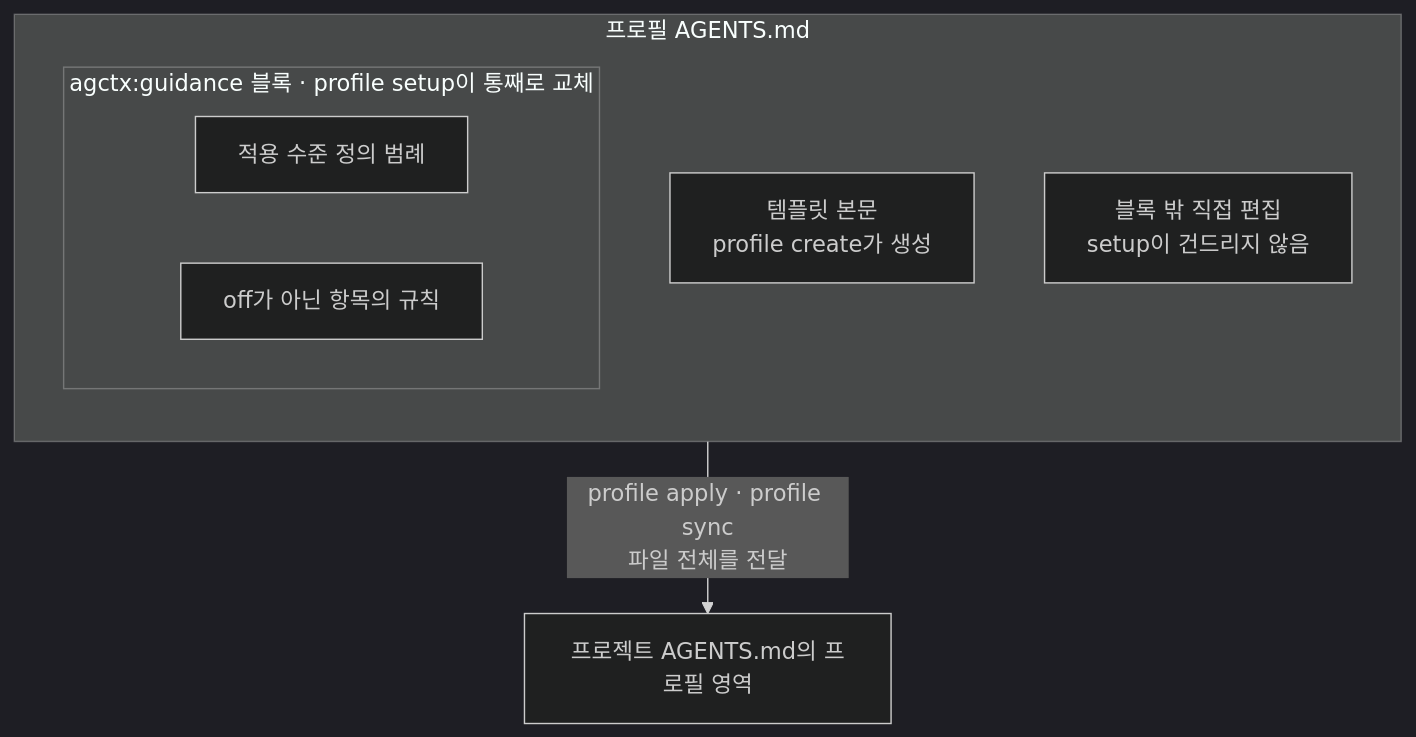
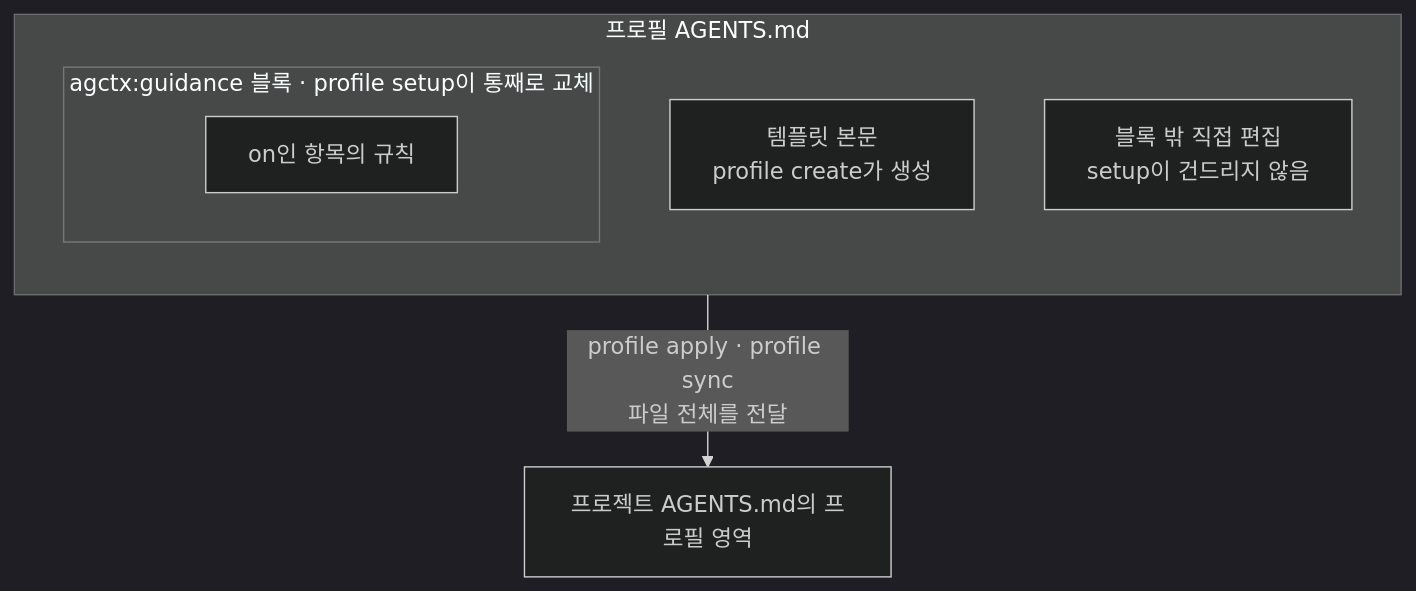
One commit to IsthisLee/agent-context-manager changed the diagram in docs/reference/guidance-catalog.md. Above: the diagram before and after it, drawn with Mermaid (dark theme). The commit also changed other lines of this file and 42 other files, not shown here.

````diff
--- a/docs/reference/guidance-catalog.md
+++ b/docs/reference/guidance-catalog.md
@@ -15,13 +15,12 @@
 ```mermaid
 flowchart TB
   subgraph PROFILE["프로필 AGENTS.md"]
     direction TB
     TEMPLATE["템플릿 본문<br/>profile create가 생성"]
     subgraph GUIDANCE["agctx:guidance 블록 · profile setup이 통째로 교체"]
-      LEGEND["적용 수준 정의 범례"]
-      ITEMS["off가 아닌 항목의 규칙"]
+      ITEMS["on인 항목의 규칙"]
     end
     USER["블록 밖 직접 편집<br/>setup이 건드리지 않음"]
   end
   PROFILE -->|"profile apply · profile sync<br/>파일 전체를 전달"| PROJECT["프로젝트 AGENTS.md의 프로필 영역"]
 ```
````
